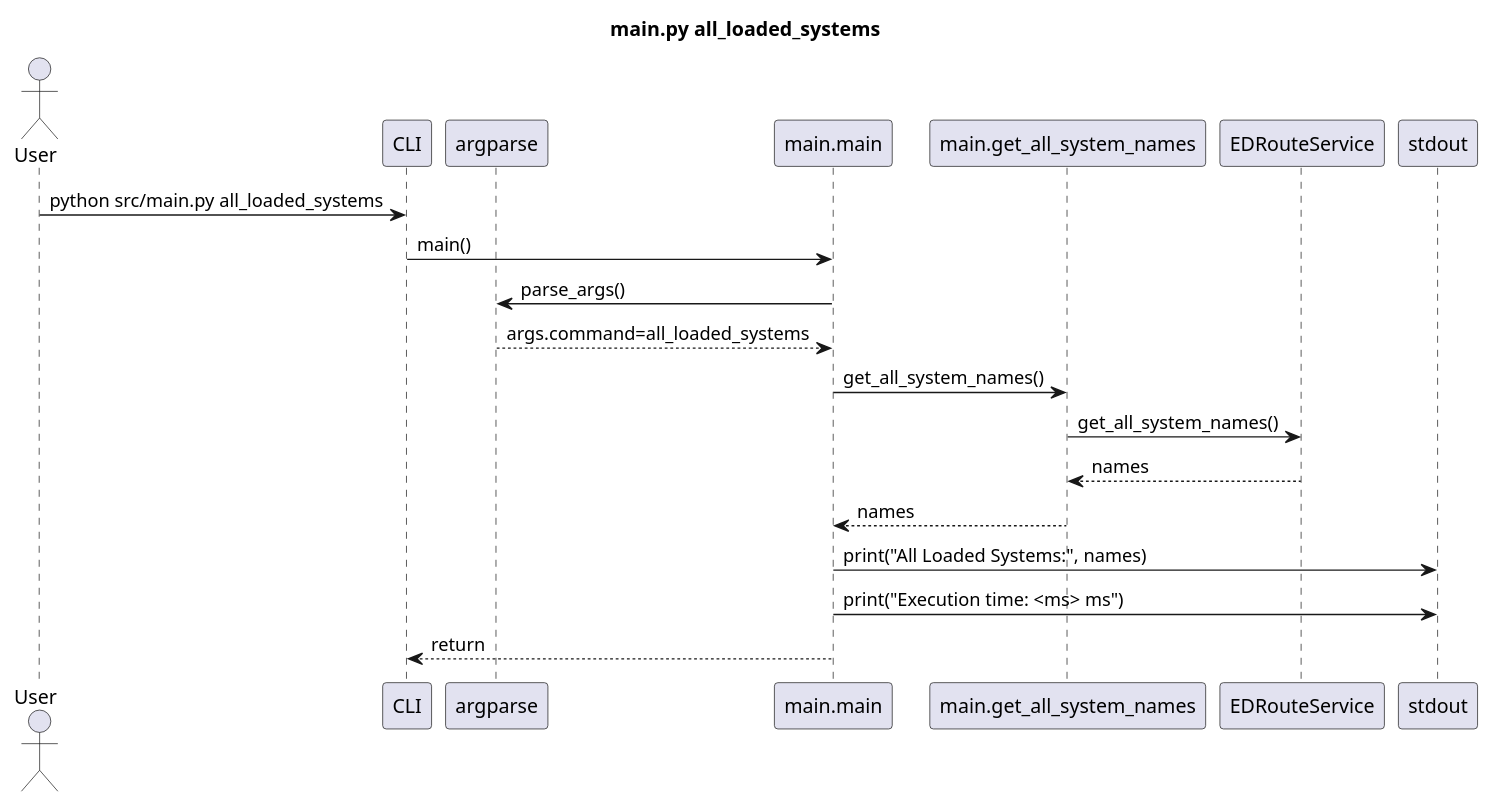
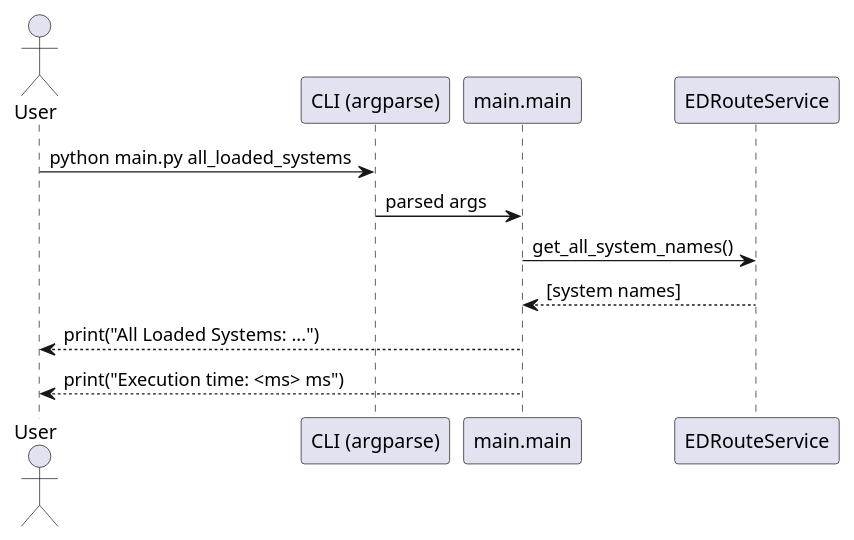
One commit to fazleskhan/elite_dangerous_discord_tools changed the first of 5 diagrams in docs/main_sequences.puml. Above: the diagram before and after it, drawn with PlantUML. The commit also changed other lines of this file and 30 other files, not shown here.

Commit message:
updated code comments, README.md, and sequence diagrams. Added new sequence diagrams for the initialization of EDRouteService in both discord_bot.py and main.py. blacked the source

```diff
--- a/docs/main_sequences.puml
+++ b/docs/main_sequences.puml
@@ -1,23 +1,13 @@
-@startuml All Loaded Systems Sequence Diagram
-title main.py all_loaded_systems
+@startuml all_loaded_systems
+actor User
+participant "CLI (argparse)" as CLI
+participant "main.main" as Main
+participant "EDRouteService" as Route
 
-actor User
-participant "CLI" as CLI
-participant "argparse" as Parser
-participant "main.main" as Main
-participant "main.get_all_system_names" as GetNames
-participant "EDRouteService" as Service
-participant "stdout" as Out
-
-User -> CLI: python src/main.py all_loaded_systems
-CLI -> Main: main()
-Main -> Parser: parse_args()
-Parser --> Main: args.command=all_loaded_systems
-Main -> GetNames: get_all_system_names()
-GetNames -> Service: get_all_system_names()
-Service --> GetNames: names
-GetNames --> Main: names
-Main -> Out: print("All Loaded Systems:", names)
-Main -> Out: print("Execution time: <ms> ms")
-Main --> CLI: return
+User -> CLI : python main.py all_loaded_systems
+CLI -> Main : parsed args
+Main -> Route : get_all_system_names()
+Route --> Main : [system names]
+Main --> User : print("All Loaded Systems: ...")
+Main --> User : print("Execution time: <ms> ms")
 @enduml
```
